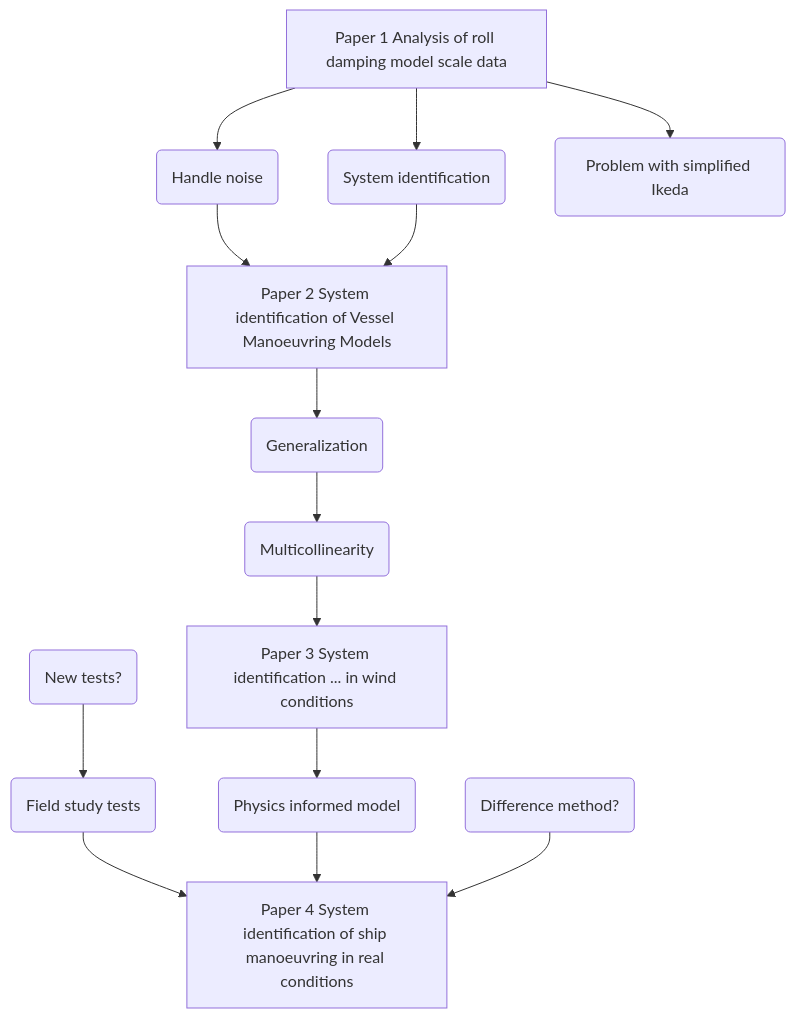
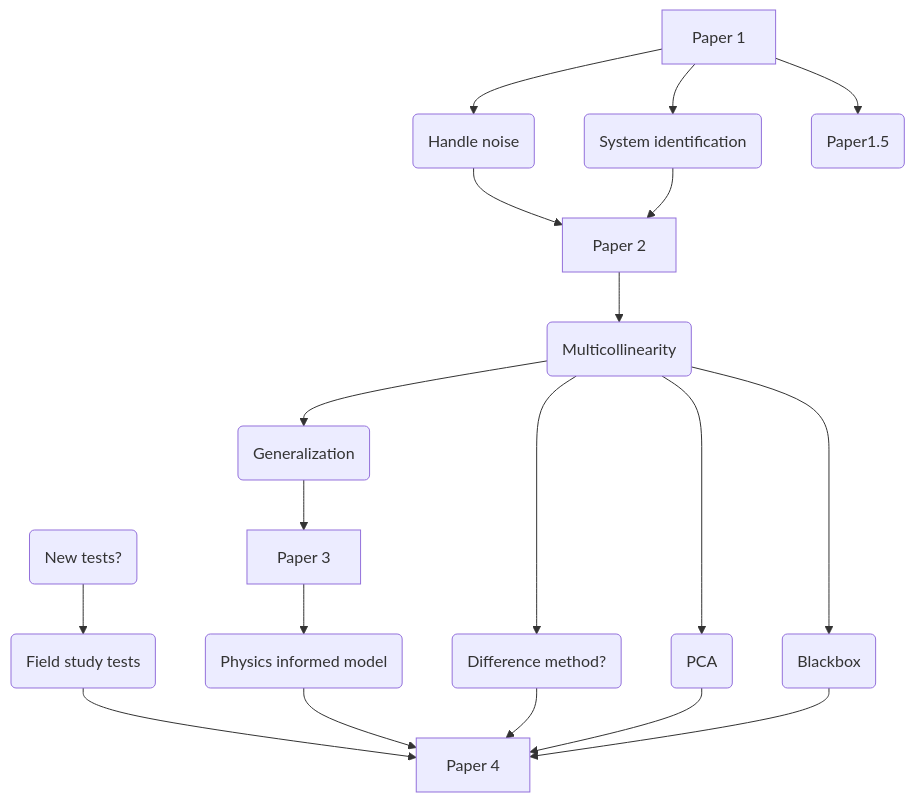
The first of 2 diagrams in inbox/The red thread....md (martinlarsalbert/PHD_literature_review), drawn with Mermaid before and after one commit. The commit also changed other lines of this file and 12 other files, not shown here.

````diff
--- a/inbox/The red thread....md
+++ b/inbox/The red thread....md
@@ -40,22 +43,24 @@
 ```mermaid
 flowchart TD
+    Paper1[Paper 1] --> B(Handle noise)
+    Paper1 --> C(System identification)
+    Paper1 --> Paper15(Paper1.5)
 
-    Paper1[Paper 1 Analysis of roll damping model scale data] --> B(Handle noise)
-
-    Paper1 --> C(System identification)
-
-    Paper1 --> D(Problem with simplified Ikeda)
-
-    B --> Paper2[Paper 2 System identification of Vessel Manoeuvring Models]
-
+    B --> Paper2[Paper 2]
     C --> Paper2
 
-    Paper2 --> Generalization(Generalization) --> Multicollinearity(Multicollinearity)
+    Paper2 --> Multicollinearity(Multicollinearity) --> Generalization(Generalization)
+    Generalization --> Paper3[Paper 3] --> PI(Physics informed model)
+    experiments(New tests?) --> 7mdata(Field study tests)
+ 
 
-    Multicollinearity --> Paper3[Paper 3 System identification ... in wind conditions] --> PI(Physics informed model)
+    7mdata(Field study tests) --> Paper4[Paper 4]
+    PI --> Paper4
+    differenceMethod(Difference method?) --> Paper4
+    PCA(PCA) --> Paper4
+    Blackbox(Blackbox) --> Paper4
 
-	experiments(New tests?) --> 7mdata(Field study tests)
-	7mdata(Field study tests) --> Paper4[Paper 4 System identification of ship manoeuvring in real conditions]
-	PI --> Paper4
-	differenceMethod(Difference method?) --> Paper4
+    Multicollinearity --> differenceMethod
+    Multicollinearity --> PCA
+    Multicollinearity --> Blackbox
 ```
````
